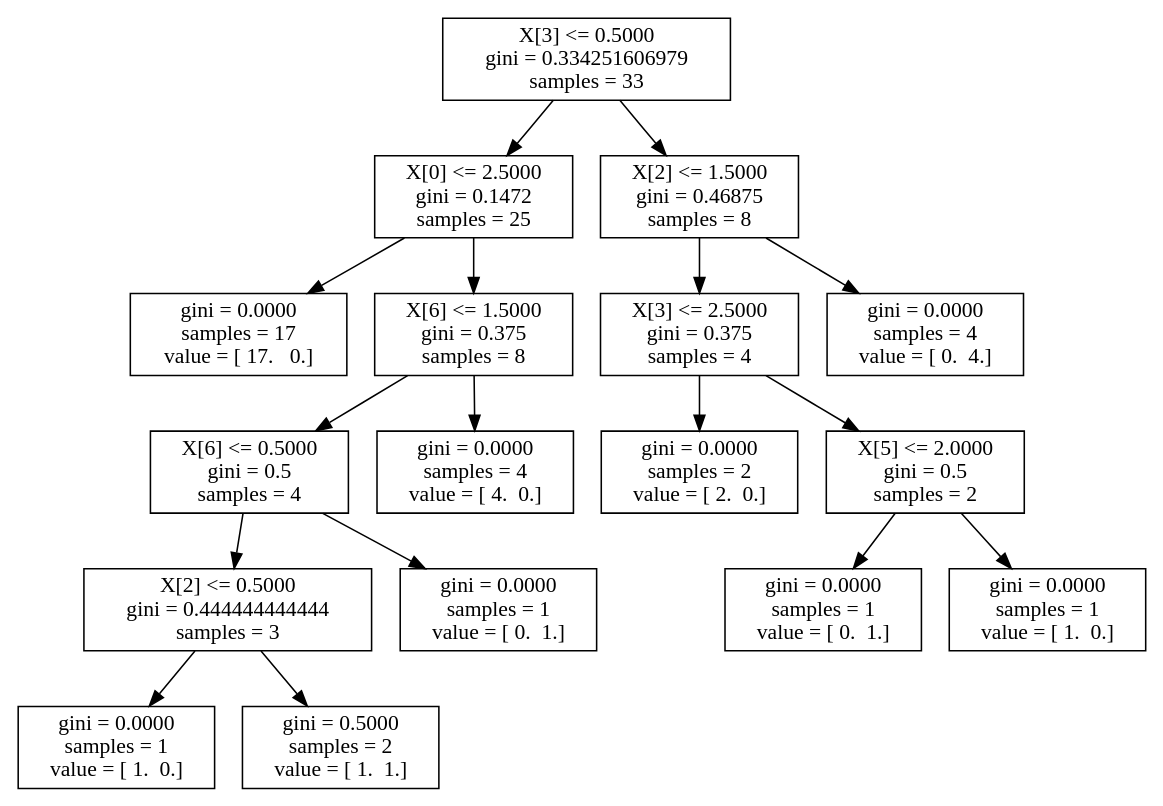
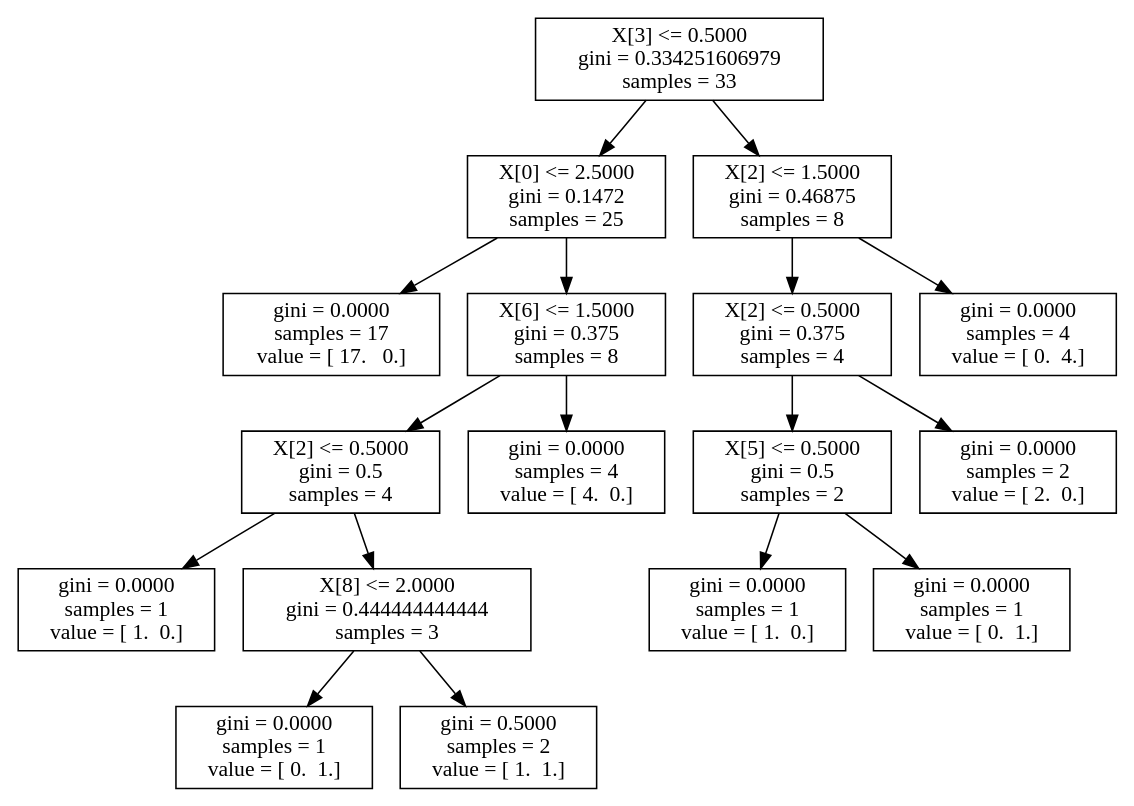
One commit to akeshavan/myscripts changed the diagram in neurosurgery_trees/longLANGUAGE.dot. Above: the diagram before and after it, drawn with Graphviz. The commit also changed 22 other files, not shown here.

```diff
--- a/neurosurgery_trees/longLANGUAGE.dot
+++ b/neurosurgery_trees/longLANGUAGE.dot
@@ -1,35 +1,35 @@
 digraph Tree {
 0 [label="X[3] <= 0.5000\ngini = 0.334251606979\nsamples = 33", shape="box"] ;
 1 [label="X[0] <= 2.5000\ngini = 0.1472\nsamples = 25", shape="box"] ;
 0 -> 1 ;
 2 [label="gini = 0.0000\nsamples = 17\nvalue = [ 17.   0.]", shape="box"] ;
 1 -> 2 ;
 3 [label="X[6] <= 1.5000\ngini = 0.375\nsamples = 8", shape="box"] ;
 1 -> 3 ;
-4 [label="X[6] <= 0.5000\ngini = 0.5\nsamples = 4", shape="box"] ;
+4 [label="X[2] <= 0.5000\ngini = 0.5\nsamples = 4", shape="box"] ;
 3 -> 4 ;
-5 [label="X[2] <= 0.5000\ngini = 0.444444444444\nsamples = 3", shape="box"] ;
+5 [label="gini = 0.0000\nsamples = 1\nvalue = [ 1.  0.]", shape="box"] ;
 4 -> 5 ;
-6 [label="gini = 0.0000\nsamples = 1\nvalue = [ 1.  0.]", shape="box"] ;
-5 -> 6 ;
-7 [label="gini = 0.5000\nsamples = 2\nvalue = [ 1.  1.]", shape="box"] ;
-5 -> 7 ;
-8 [label="gini = 0.0000\nsamples = 1\nvalue = [ 0.  1.]", shape="box"] ;
-4 -> 8 ;
+6 [label="X[8] <= 2.0000\ngini = 0.444444444444\nsamples = 3", shape="box"] ;
+4 -> 6 ;
+7 [label="gini = 0.0000\nsamples = 1\nvalue = [ 0.  1.]", shape="box"] ;
+6 -> 7 ;
+8 [label="gini = 0.5000\nsamples = 2\nvalue = [ 1.  1.]", shape="box"] ;
+6 -> 8 ;
 9 [label="gini = 0.0000\nsamples = 4\nvalue = [ 4.  0.]", shape="box"] ;
 3 -> 9 ;
 10 [label="X[2] <= 1.5000\ngini = 0.46875\nsamples = 8", shape="box"] ;
 0 -> 10 ;
-11 [label="X[3] <= 2.5000\ngini = 0.375\nsamples = 4", shape="box"] ;
+11 [label="X[2] <= 0.5000\ngini = 0.375\nsamples = 4", shape="box"] ;
 10 -> 11 ;
-12 [label="gini = 0.0000\nsamples = 2\nvalue = [ 2.  0.]", shape="box"] ;
+12 [label="X[5] <= 0.5000\ngini = 0.5\nsamples = 2", shape="box"] ;
 11 -> 12 ;
-13 [label="X[5] <= 2.0000\ngini = 0.5\nsamples = 2", shape="box"] ;
-11 -> 13 ;
+13 [label="gini = 0.0000\nsamples = 1\nvalue = [ 1.  0.]", shape="box"] ;
+12 -> 13 ;
 14 [label="gini = 0.0000\nsamples = 1\nvalue = [ 0.  1.]", shape="box"] ;
-13 -> 14 ;
-15 [label="gini = 0.0000\nsamples = 1\nvalue = [ 1.  0.]", shape="box"] ;
-13 -> 15 ;
+12 -> 14 ;
+15 [label="gini = 0.0000\nsamples = 2\nvalue = [ 2.  0.]", shape="box"] ;
+11 -> 15 ;
 16 [label="gini = 0.0000\nsamples = 4\nvalue = [ 0.  4.]", shape="box"] ;
 10 -> 16 ;
 }
```
